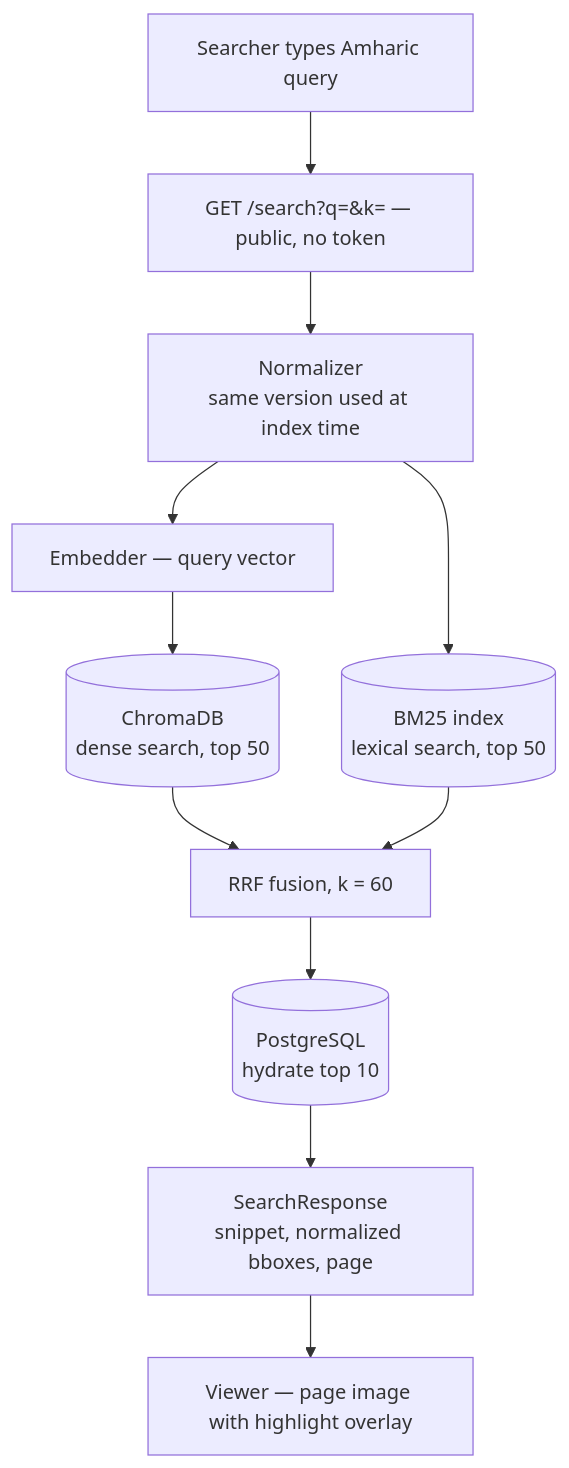
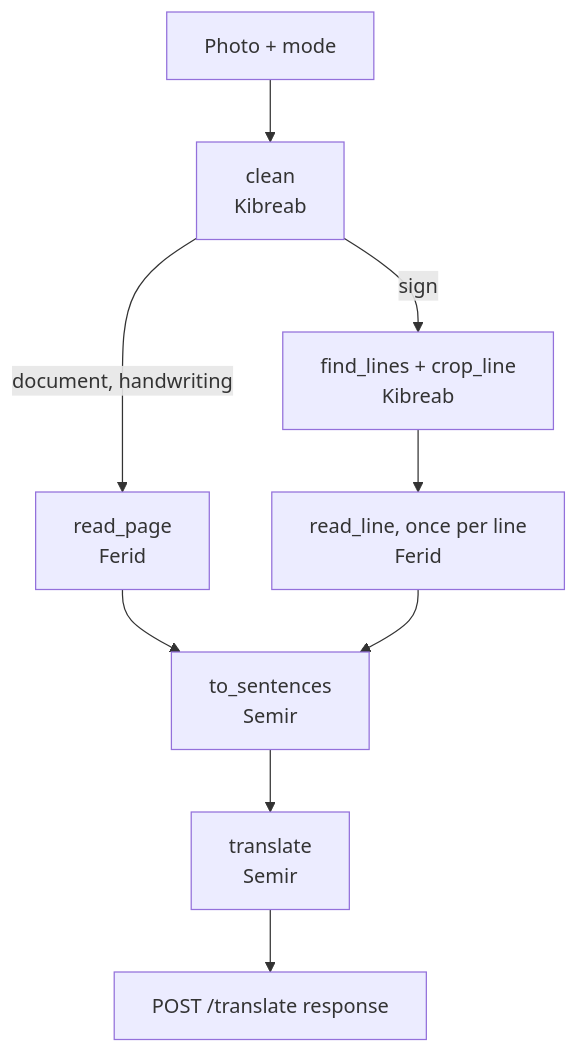
Before and after one commit to Sem512/Amh_Retriever: the diagram in ARCHITECTURE.md, drawn with Mermaid. The commit also changed other lines of this file and 17 other files, not shown here.

````diff
--- a/ARCHITECTURE.md
+++ b/ARCHITECTURE.md
@@ -59,21 +22,11 @@
 ```mermaid
 flowchart TB
-    Q1["Searcher types Amharic query"]
-    Q2["GET /search?q=&k= — public, no token"]
-    Q3["Normalizer<br/>same version used at index time"]
-    Q4["Embedder — query vector"]
-    Q5[("ChromaDB<br/>dense search, top 50")]
-    Q6[("BM25 index<br/>lexical search, top 50")]
-    Q7["RRF fusion, k = 60"]
-    Q8[("PostgreSQL<br/>hydrate top 10")]
-    Q9["SearchResponse<br/>snippet, normalized bboxes, page"]
-    Q10["Viewer — page image with highlight overlay"]
-
-    Q1 --> Q2 --> Q3
-    Q3 --> Q4
-    Q3 --> Q6
-    Q4 --> Q5
-    Q5 --> Q7
-    Q6 --> Q7
-    Q7 --> Q8 --> Q9 --> Q10
+    P["Photo + mode"] --> C["clean<br/>Kibreab"]
+    C -->|document, handwriting| R["read_page<br/>Ferid"]
+    C -->|sign| F["find_lines + crop_line<br/>Kibreab"]
+    F --> L["read_line, once per line<br/>Ferid"]
+    R --> S["to_sentences<br/>Semir"]
+    L --> S
+    S --> T["translate<br/>Semir"]
+    T --> A["POST /translate response"]
 ```
````
